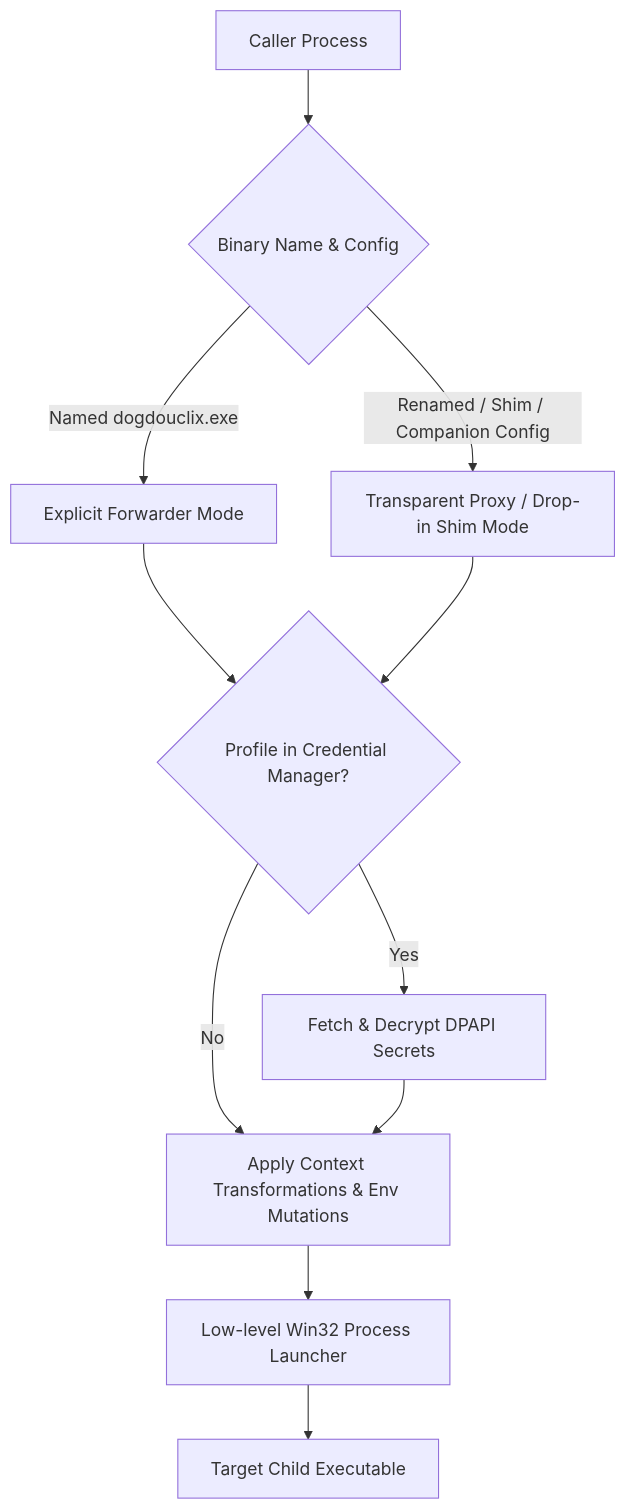
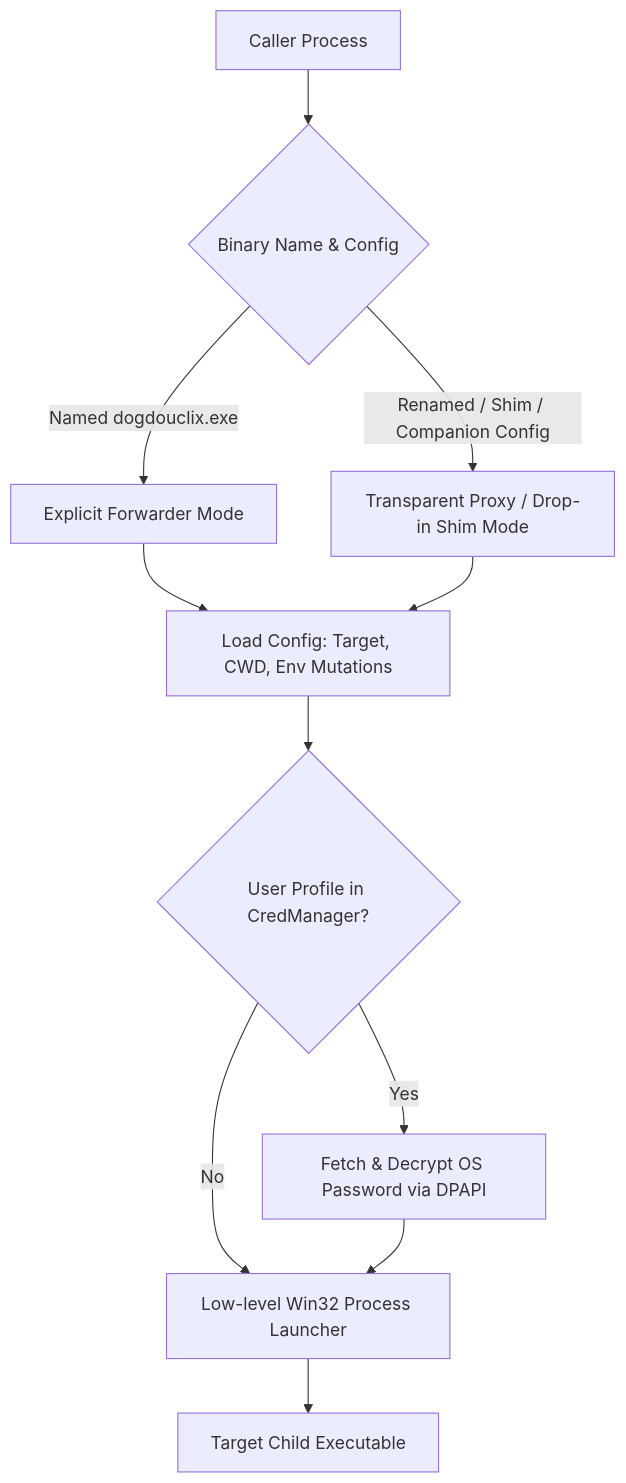
Before and after one commit to XueYeHuLabs/dogdouclix: the diagram in documents/USAGE_GUIDE.md, drawn with Mermaid. The commit also changed other lines of this file and 5 other files, not shown here.

First line of the commit message:
Refine Credential Manager scope to OS authentication credentials

````diff
--- a/documents/USAGE_GUIDE.md
+++ b/documents/USAGE_GUIDE.md
@@ -13,13 +13,13 @@
 ```mermaid
 graph TD
   Caller[Caller Process] --> Entry{Binary Name & Config}
   Entry -->|Named dogdouclix.exe| Explicit[Explicit Forwarder Mode]
   Entry -->|Renamed / Shim / Companion Config| Transparent[Transparent Proxy / Drop-in Shim Mode]
-  Explicit --> ResolveProf{Profile in Credential Manager?}
-  Transparent --> ResolveProf
-  ResolveProf -->|Yes| LoadVault[Fetch & Decrypt DPAPI Secrets]
-  ResolveProf -->|No| Context[Apply Context Transformations & Env Mutations]
-  LoadVault --> Context
-  Context --> Launcher[Low-level Win32 Process Launcher]
+  Explicit --> Context[Load Config: Target, CWD, Env Mutations]
+  Transparent --> Context
+  Context --> ResolveCred{User Profile in CredManager?}
+  ResolveCred -->|Yes| LoadCred[Fetch & Decrypt OS Password via DPAPI]
+  ResolveCred -->|No| Launcher[Low-level Win32 Process Launcher]
+  LoadCred --> Launcher
   Launcher --> Target[Target Child Executable]
 ```
````
